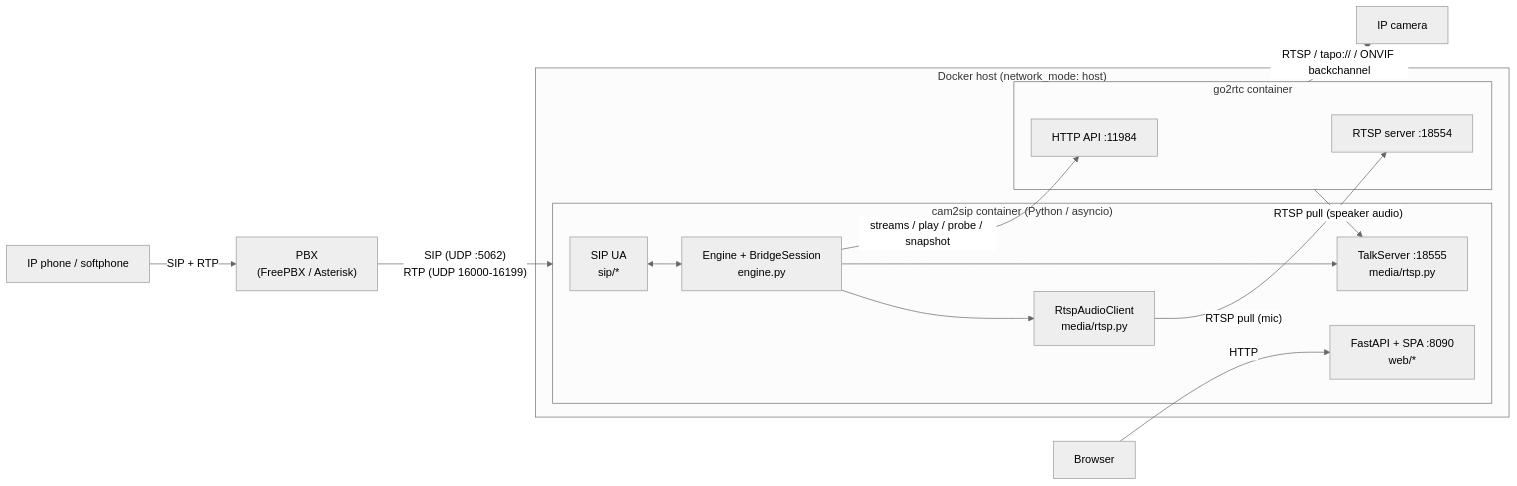
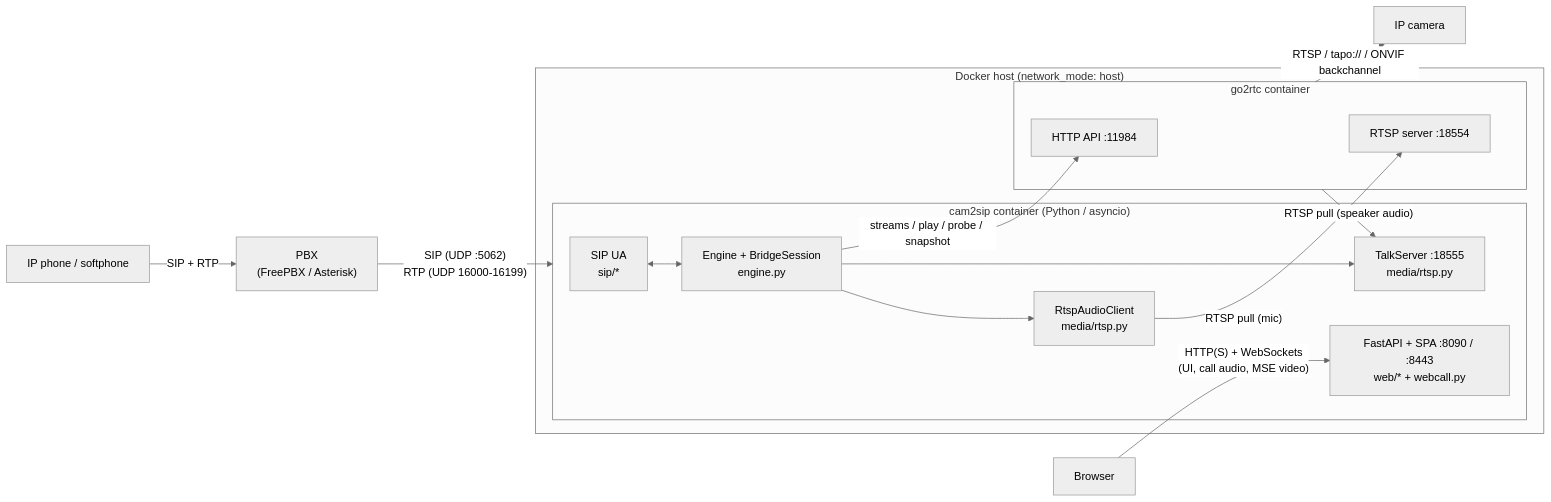
The first of 2 diagrams in ARCHITECTURE.md (revocx35/cam-to-sip), drawn with Mermaid (neutral theme) before and after one commit. The commit also changed other lines of this file and 23 other files, not shown here.

First line of the commit message:
Add browser calls: call a camera from the web UI (v1.1.0)

````diff
--- a/ARCHITECTURE.md
+++ b/ARCHITECTURE.md
@@ -12,27 +12,27 @@
 ```mermaid
 flowchart LR
     phone["IP phone / softphone"] -- "SIP + RTP" --> pbx["PBX<br/>(FreePBX / Asterisk)"]
     pbx -- "SIP (UDP :5062)<br/>RTP (UDP 16000-16199)" --> app
 
     subgraph host["Docker host (network_mode: host)"]
       subgraph app["cam2sip container (Python / asyncio)"]
         ua["SIP UA<br/>sip/*"]
         engine["Engine + BridgeSession<br/>engine.py"]
         rtsp_c["RtspAudioClient<br/>media/rtsp.py"]
         talk["TalkServer :18555<br/>media/rtsp.py"]
-        web["FastAPI + SPA :8090<br/>web/*"]
+        web["FastAPI + SPA :8090 / :8443<br/>web/* + webcall.py"]
       end
       subgraph g2r["go2rtc container"]
         api["HTTP API :11984"]
         rtsp_s["RTSP server :18554"]
       end
     end
 
     ua <--> engine
     engine --> rtsp_c -- "RTSP pull (mic)" --> rtsp_s
     engine --> talk
     g2r -- "RTSP pull (speaker audio)" --> talk
     engine -- "streams / play / probe / snapshot" --> api
     g2r -- "RTSP / tapo:// / ONVIF backchannel" --> cam["IP camera"]
-    browser["Browser"] -- "HTTP" --> web
+    browser["Browser"] -- "HTTP(S) + WebSockets<br/>(UI, call audio, MSE video)" --> web
 ```
````
